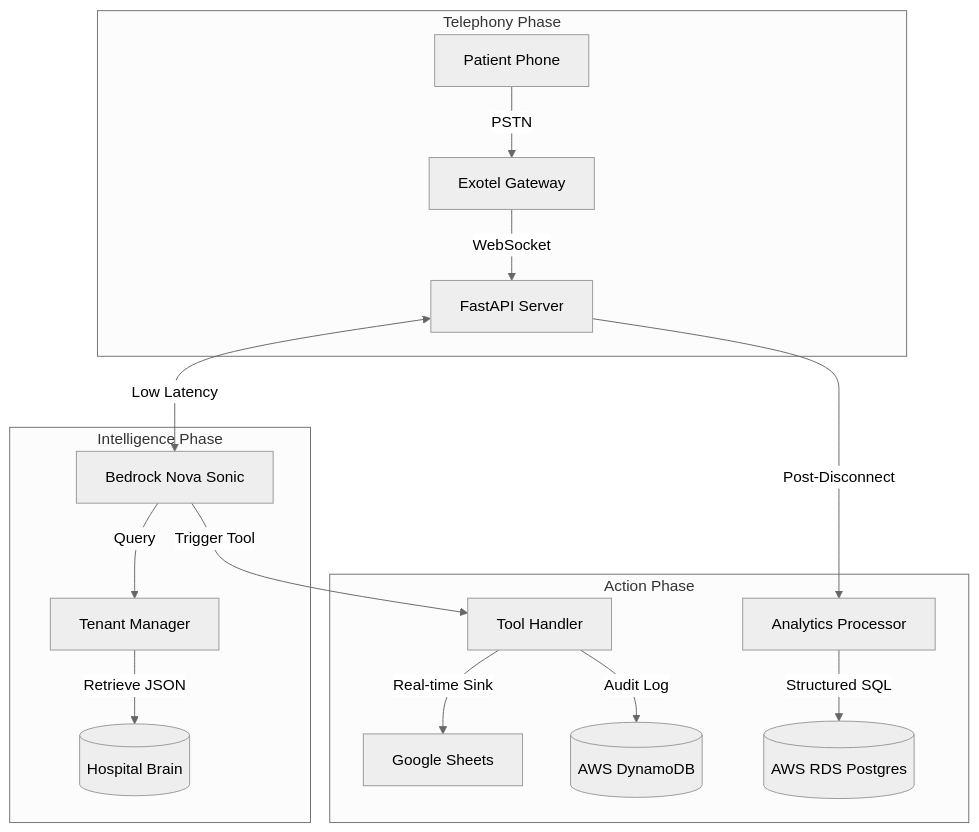
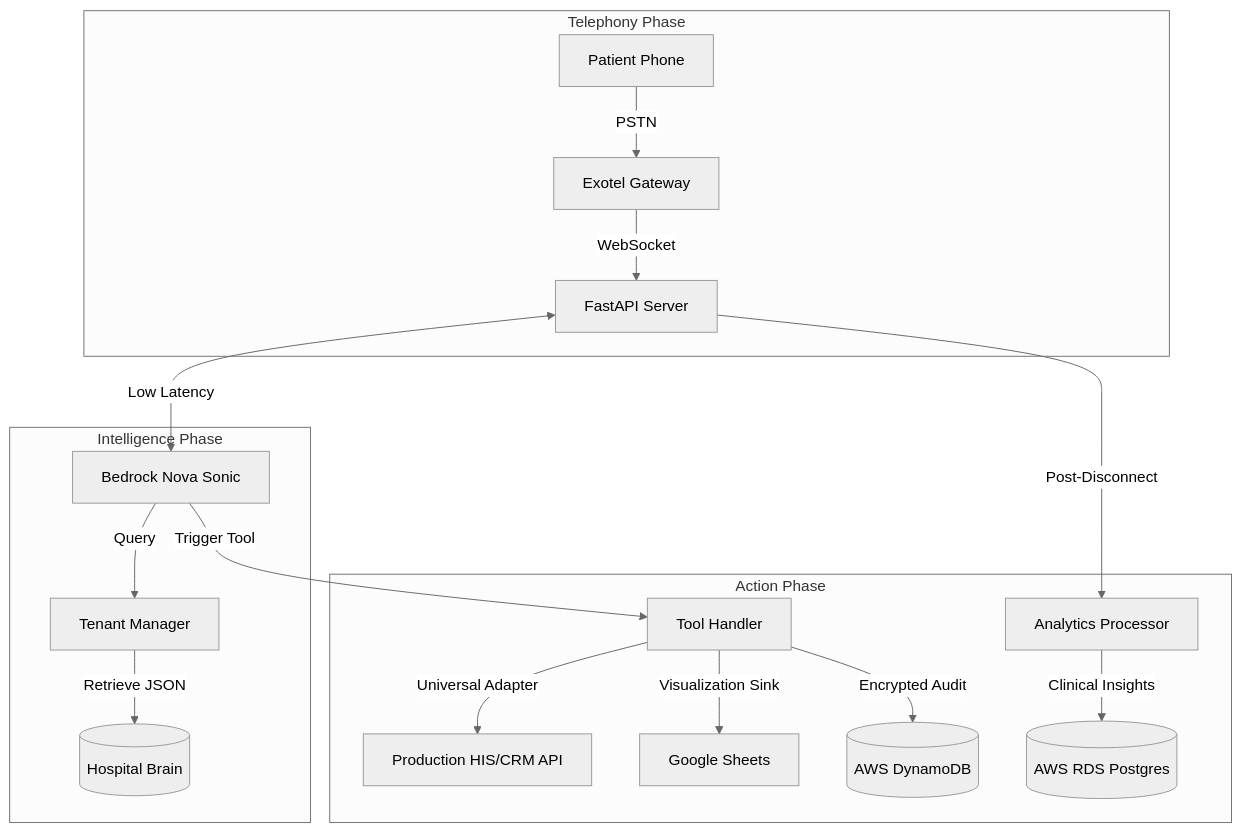
Before and after one commit to sid0803/ai-voice-agent-system-for-healthcare: the diagram in README.md, drawn with Mermaid (neutral theme). The commit also changed other lines of this file and 26 other files, not shown here.

Commit message:
feat: Project Asha Diamond Polish - Clinical Hardening & Infrastructure Reliability Hardened the system for production-grade clinical demonstrations with empathy-first AI and pre-flight diagnostics.

````diff
--- a/README.md
+++ b/README.md
@@ -111,21 +117,22 @@
 ```mermaid
 graph TD
     subgraph "Telephony Phase"
         P[Patient Phone] -->|PSTN| EX[Exotel Gateway]
         EX -->|WebSocket| WS[FastAPI Server]
     end
 
     subgraph "Intelligence Phase"
         WS <-->|Low Latency| NS[Bedrock Nova Sonic]
         NS -->|Query| TM[Tenant Manager]
         TM -->|Retrieve JSON| KB[(Hospital Brain)]
     end
 
     subgraph "Action Phase"
         NS -->|Trigger Tool| TH[Tool Handler]
-        TH -->|Real-time Sink| GS[Google Sheets]
-        TH -->|Audit Log| DDB[(AWS DynamoDB)]
+        TH -->|Universal Adapter| UA[Production HIS/CRM API]
+        TH -->|Visualization Sink| GS[Google Sheets]
+        TH -->|Encrypted Audit| DDB[(AWS DynamoDB)]
         WS -->|Post-Disconnect| AP[Analytics Processor]
-        AP -->|Structured SQL| RDS[(AWS RDS Postgres)]
+        AP -->|Clinical Insights| RDS[(AWS RDS Postgres)]
     end
 ```
````
